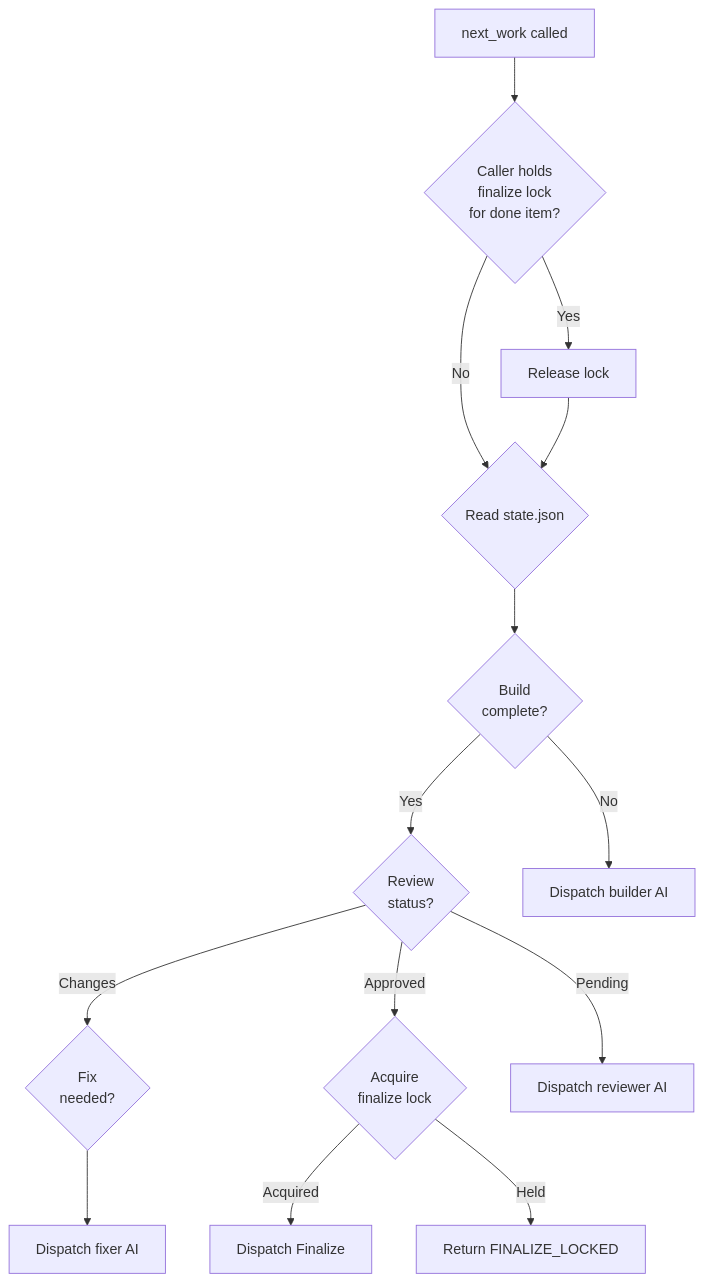
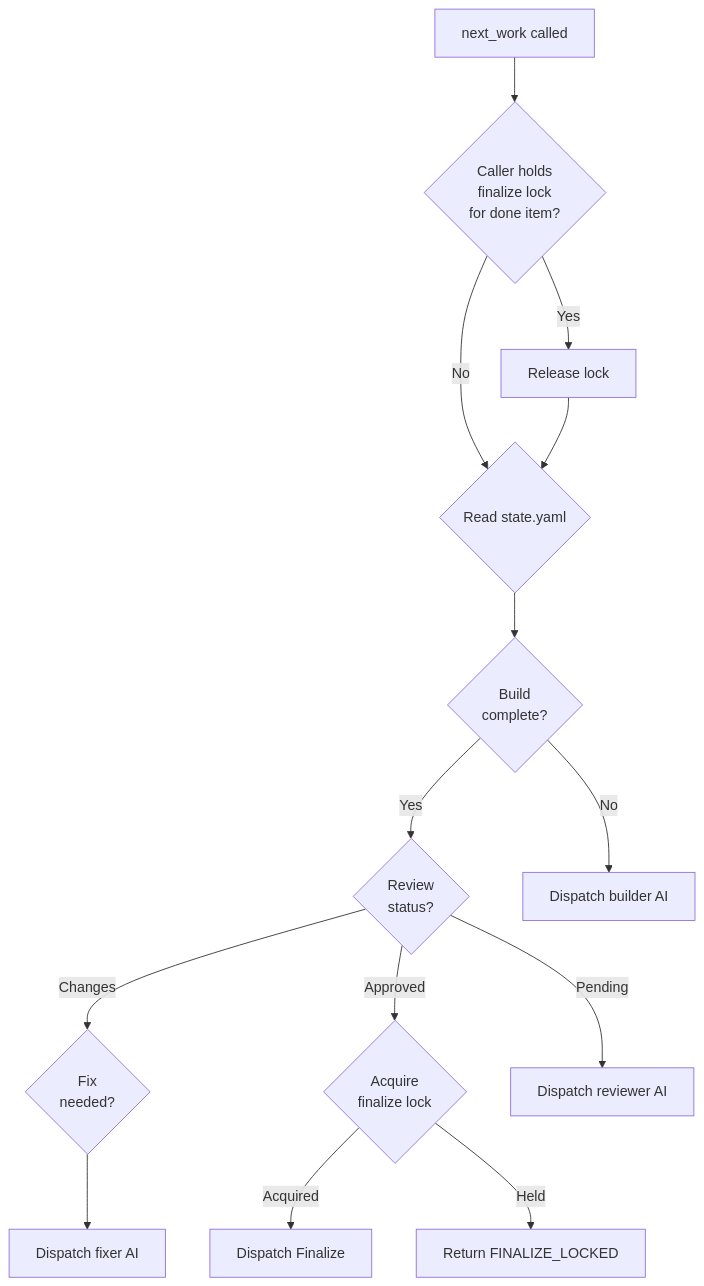
Before and after one commit to InstruktAI/TeleClaude: the third of 4 diagrams in docs/project/design/architecture/next-machine.md, drawn with Mermaid. The commit also changed other lines of this file and 19 other files, not shown here.

First line of the commit message:
docs: update all references from state.json to state.yaml

````diff
--- a/docs/project/design/architecture/next-machine.md
+++ b/docs/project/design/architecture/next-machine.md
@@ -89,25 +89,25 @@
 ```mermaid
 flowchart TD
     Start[next_work called]
     ReleaseLock{Caller holds<br/>finalize lock<br/>for done item?}
-    CheckState{Read state.json}
+    CheckState{Read state.yaml}
     Build{Build<br/>complete?}
     Review{Review<br/>status?}
     Fix{Fix<br/>needed?}
     AcquireLock{Acquire<br/>finalize lock}
     Finalize[Dispatch Finalize]
 
     Start --> ReleaseLock
     ReleaseLock -->|Yes| Release[Release lock]
     ReleaseLock -->|No| CheckState
     Release --> CheckState
     CheckState --> Build
     Build -->|No| DispatchBuilder[Dispatch builder AI]
     Build -->|Yes| Review
     Review -->|Pending| DispatchReviewer[Dispatch reviewer AI]
     Review -->|Changes| Fix
     Review -->|Approved| AcquireLock
     AcquireLock -->|Acquired| Finalize
     AcquireLock -->|Held| LOCKED[Return FINALIZE_LOCKED]
     Fix --> DispatchFixer[Dispatch fixer AI]
 ```
````
